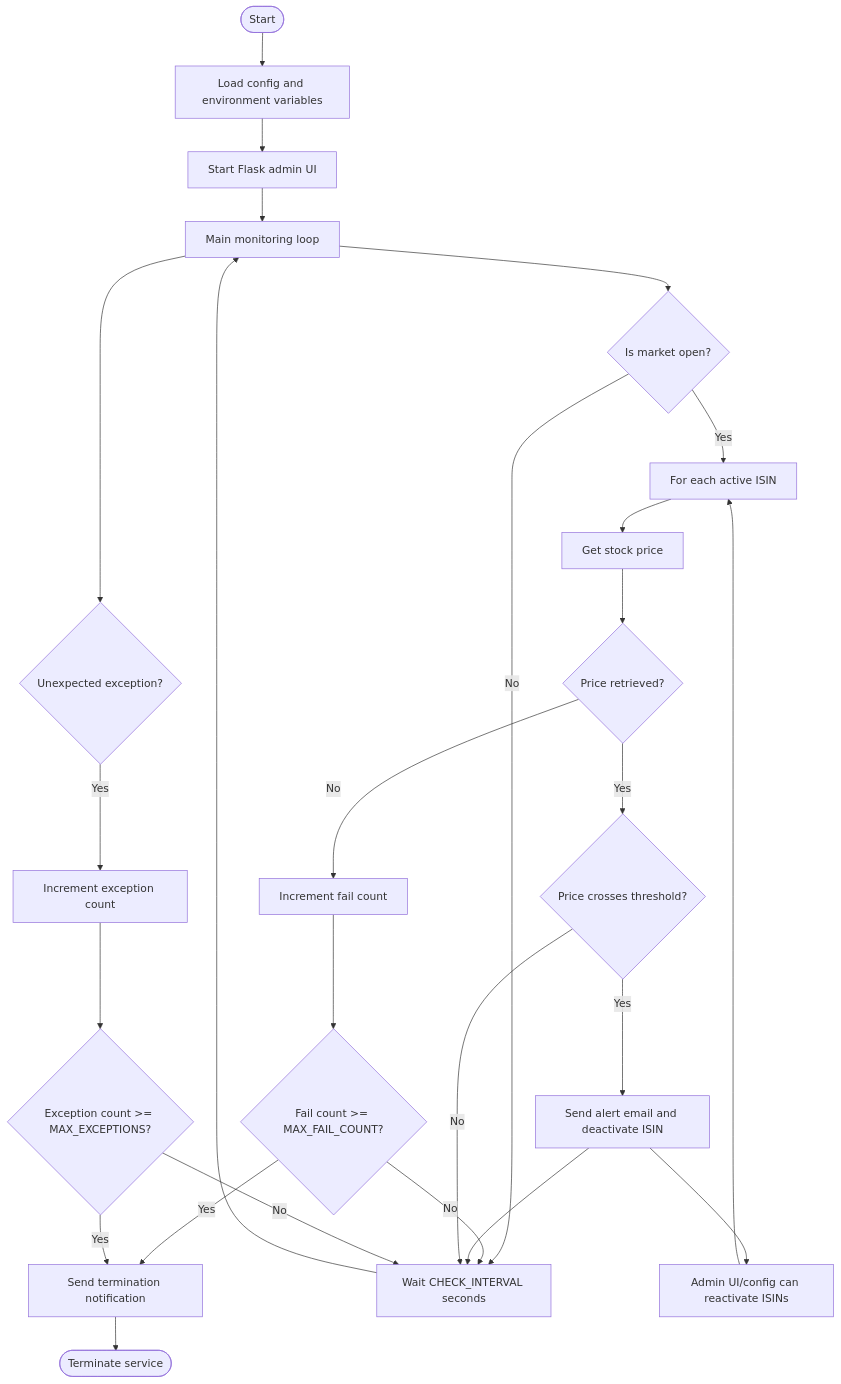
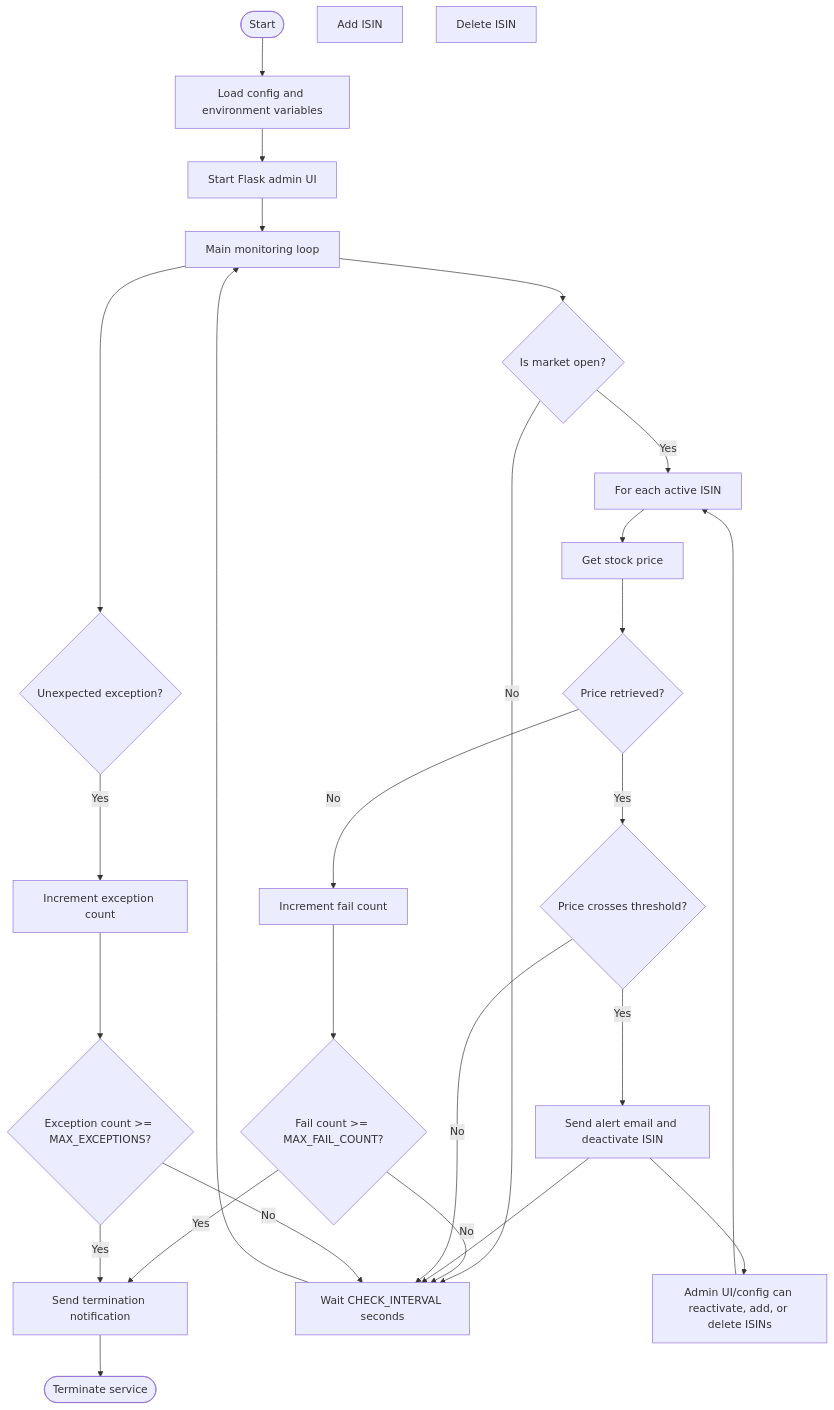
Before and after one commit to unterfertigter/stockalerts: the second of 2 diagrams in README.md, drawn with Mermaid. The commit also changed other lines of this file, not shown here.

Commit message:
Update README to reflect changes in service logic flow and admin UI functionality

````diff
--- a/README.md
+++ b/README.md
@@ -64,41 +68,43 @@
 ```mermaid
 flowchart TD
     Start([Start])
     LoadConfig[Load config and environment variables]
     StartFlask[Start Flask admin UI]
     MainLoop[Main monitoring loop]
     MarketOpen{Is market open?}
     ForEachISIN[For each active ISIN]
     GetPrice[Get stock price]
     PriceOK{Price retrieved?}
     CheckThresholds{Price crosses threshold?}
     SendAlert[Send alert email and deactivate ISIN]
     FailCount[Increment fail count]
     FailLimit{Fail count >= MAX_FAIL_COUNT?}
     SendTerminationAlert[Send termination notification]
     Continue[Wait CHECK_INTERVAL seconds]
     Exception{Unexpected exception?}
     ExceptionCount[Increment exception count]
     ExceptionLimit{Exception count >= MAX_EXCEPTIONS?}
     Terminate([Terminate service])
-    AdminUI[Admin UI/config can reactivate ISINs]
+    AdminUI[Admin UI/config can reactivate, add, or delete ISINs]
+    AddISIN[Add ISIN]
+    DeleteISIN[Delete ISIN]
 
     Start --> LoadConfig --> StartFlask --> MainLoop
     MainLoop --> MarketOpen
     MarketOpen -- Yes --> ForEachISIN
     MarketOpen -- No --> Continue
     ForEachISIN --> GetPrice --> PriceOK
     PriceOK -- Yes --> CheckThresholds
     PriceOK -- No --> FailCount --> FailLimit
     FailLimit -- Yes --> SendTerminationAlert --> Terminate
     FailLimit -- No --> Continue
     CheckThresholds -- Yes --> SendAlert --> Continue
     CheckThresholds -- No --> Continue
     MainLoop --> Exception
     Exception -- Yes --> ExceptionCount --> ExceptionLimit
     ExceptionLimit -- Yes --> SendTerminationAlert
     ExceptionLimit -- No --> Continue
     Continue --> MainLoop
     SendAlert --> AdminUI
     AdminUI --> ForEachISIN
 ```
````
